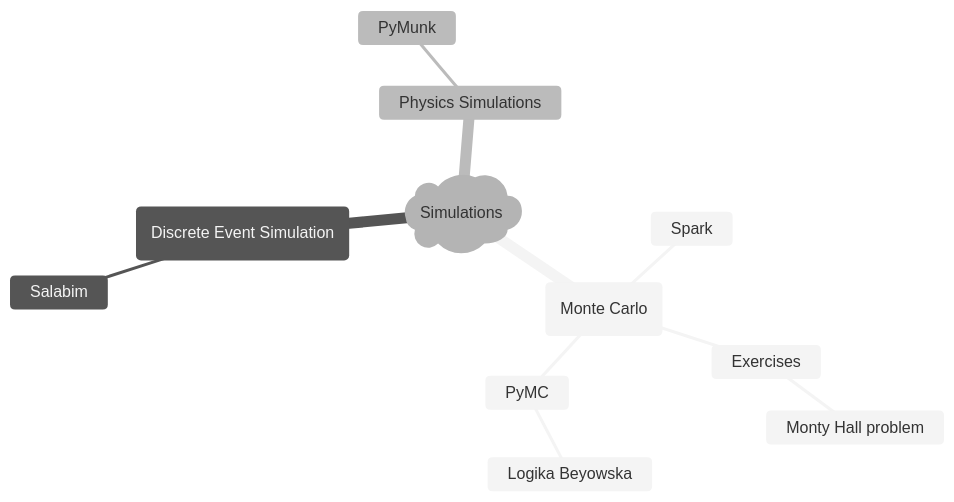
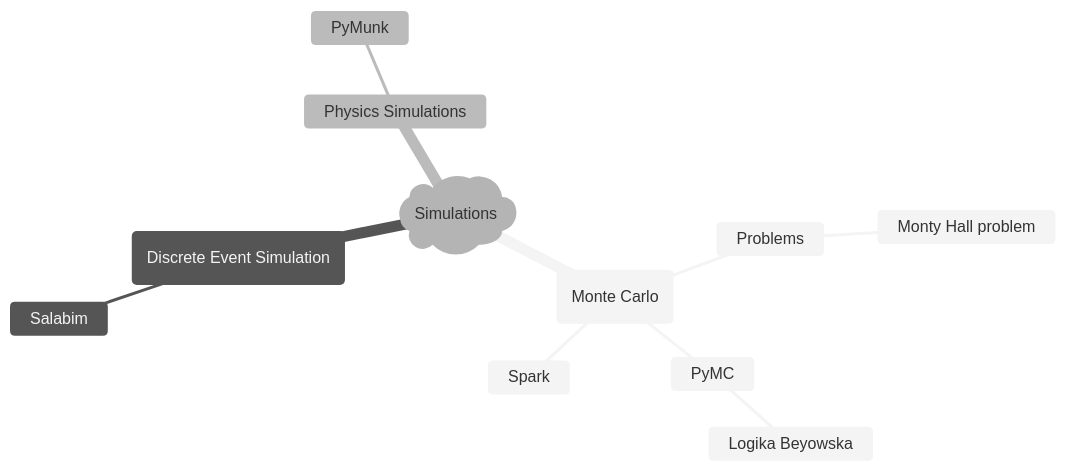
One commit to ArtRac/simulations changed the diagram in README.md. Above: the diagram before and after it, drawn with Mermaid (neutral theme). The commit also changed 1 other file, not shown here.

````diff
--- a/README.md
+++ b/README.md
@@ -3,14 +3,14 @@
 ```mermaid
 mindmap
     )Simulations(
         (Monte Carlo)
-            Spark
-            Exercises
+            Problems
                 Monty Hall problem
             PyMC
                 Logika Beyowska
+            Spark
         (Discrete Event Simulation)
             Salabim
         Physics Simulations
             PyMunk
 ```
````
